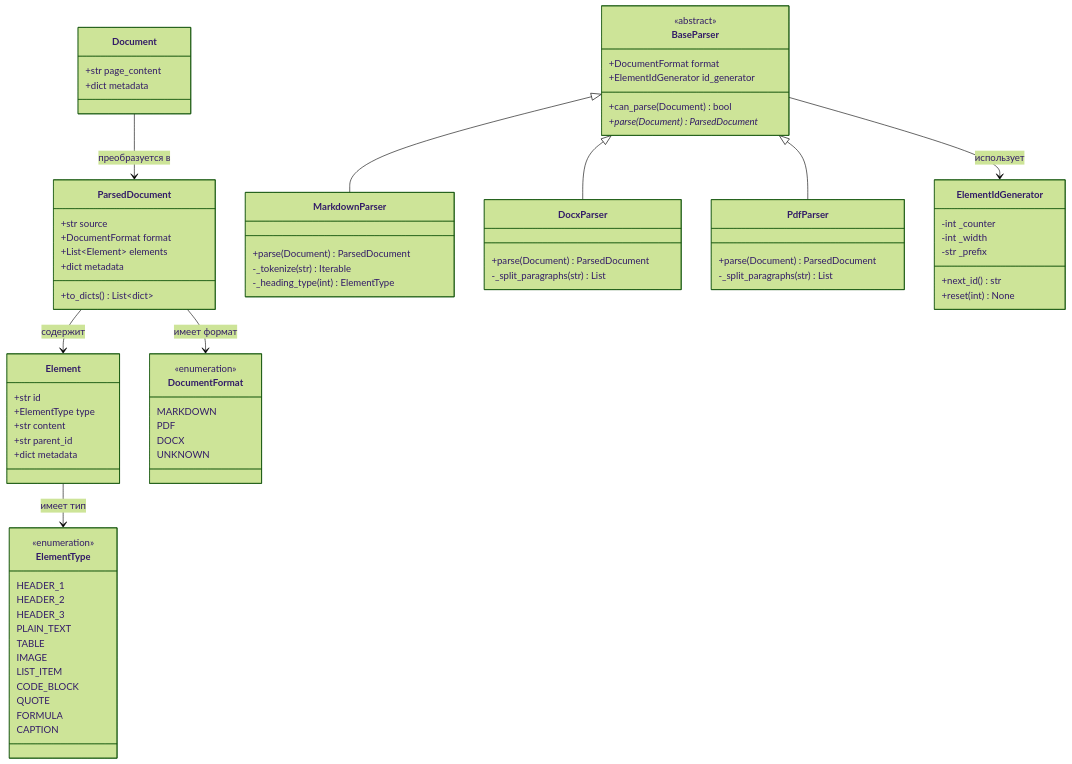
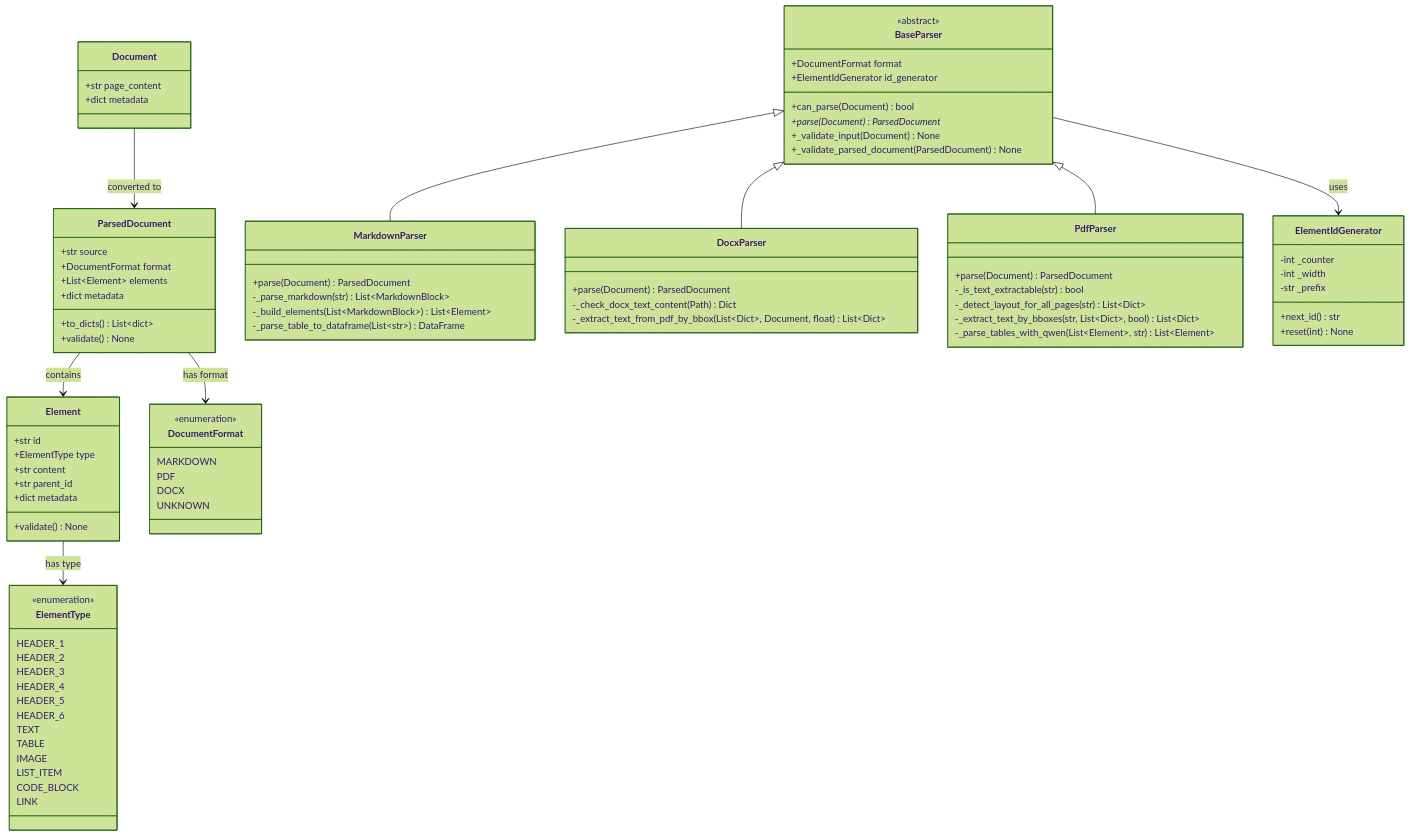
The second of 5 diagrams in docs/architecture_diagram.md (aimclub/documentor), drawn with Mermaid (forest theme) before and after one commit. The commit also changed other lines of this file and 15 other files, not shown here.

Commit message:
Update documentation: translate to English, update architecture diagrams, add comprehensive parser docs

````diff
--- a/docs/architecture_diagram.md
+++ b/docs/architecture_diagram.md
@@ -64,6 +64,7 @@
         +List~Element~ elements
         +dict metadata
         +to_dicts() List~dict~
+        +validate() None
     }
     
     class Element {
@@ -72,6 +73,7 @@
         +str content
         +str parent_id
         +dict metadata
+        +validate() None
     }
     
     class ElementType {
@@ -79,14 +81,15 @@
         HEADER_1
         HEADER_2
         HEADER_3
-        PLAIN_TEXT
+        HEADER_4
+        HEADER_5
+        HEADER_6
+        TEXT
         TABLE
         IMAGE
         LIST_ITEM
         CODE_BLOCK
-        QUOTE
-        FORMULA
-        CAPTION
+        LINK
     }
     
     class DocumentFormat {
@@ -103,22 +106,29 @@
         +ElementIdGenerator id_generator
         +can_parse(Document) bool
         +parse(Document)* ParsedDocument
+        +_validate_input(Document) None
+        +_validate_parsed_document(ParsedDocument) None
     }
     
     class MarkdownParser {
         +parse(Document) ParsedDocument
-        -_tokenize(str) Iterable
-        -_heading_type(int) ElementType
+        -_parse_markdown(str) List~MarkdownBlock~
+        -_build_elements(List~MarkdownBlock~) List~Element~
+        -_parse_table_to_dataframe(List~str~) DataFrame
     }
     
     class DocxParser {
         +parse(Document) ParsedDocument
-        -_split_paragraphs(str) List
+        -_check_docx_text_content(Path) Dict
+        -_extract_text_from_pdf_by_bbox(List~Dict~, Document, float) List~Dict~
     }
     
     class PdfParser {
         +parse(Document) ParsedDocument
-        -_split_paragraphs(str) List
+        -_is_text_extractable(str) bool
+        -_detect_layout_for_all_pages(str) List~Dict~
+        -_extract_text_by_bboxes(str, List~Dict~, bool) List~Dict~
+        -_parse_tables_with_qwen(List~Element~, str) List~Element~
     }
     
     class ElementIdGenerator {
@@ -129,12 +139,12 @@
         +reset(int) None
     }
     
-    Document --> ParsedDocument : преобразуется в
-    ParsedDocument --> Element : содержит
-    Element --> ElementType : имеет тип
-    ParsedDocument --> DocumentFormat : имеет формат
+    Document --> ParsedDocument : converted to
+    ParsedDocument --> Element : contains
+    Element --> ElementType : has type
+    ParsedDocument --> DocumentFormat : has format
     BaseParser <|-- MarkdownParser
     BaseParser <|-- DocxParser
     BaseParser <|-- PdfParser
-    BaseParser --> ElementIdGenerator : использует
+    BaseParser --> ElementIdGenerator : uses
 ```
````
